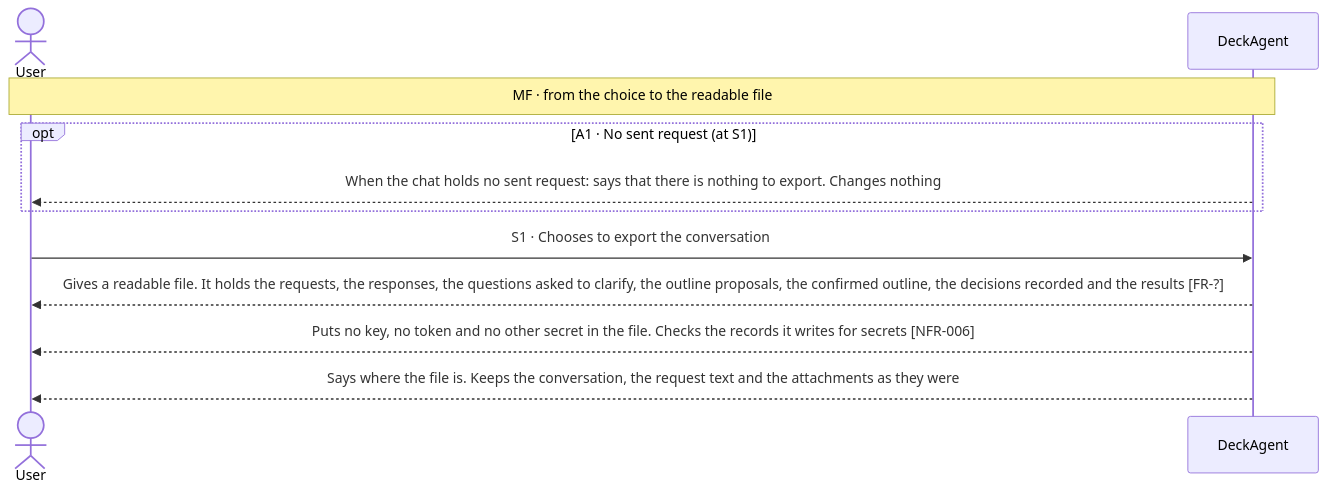
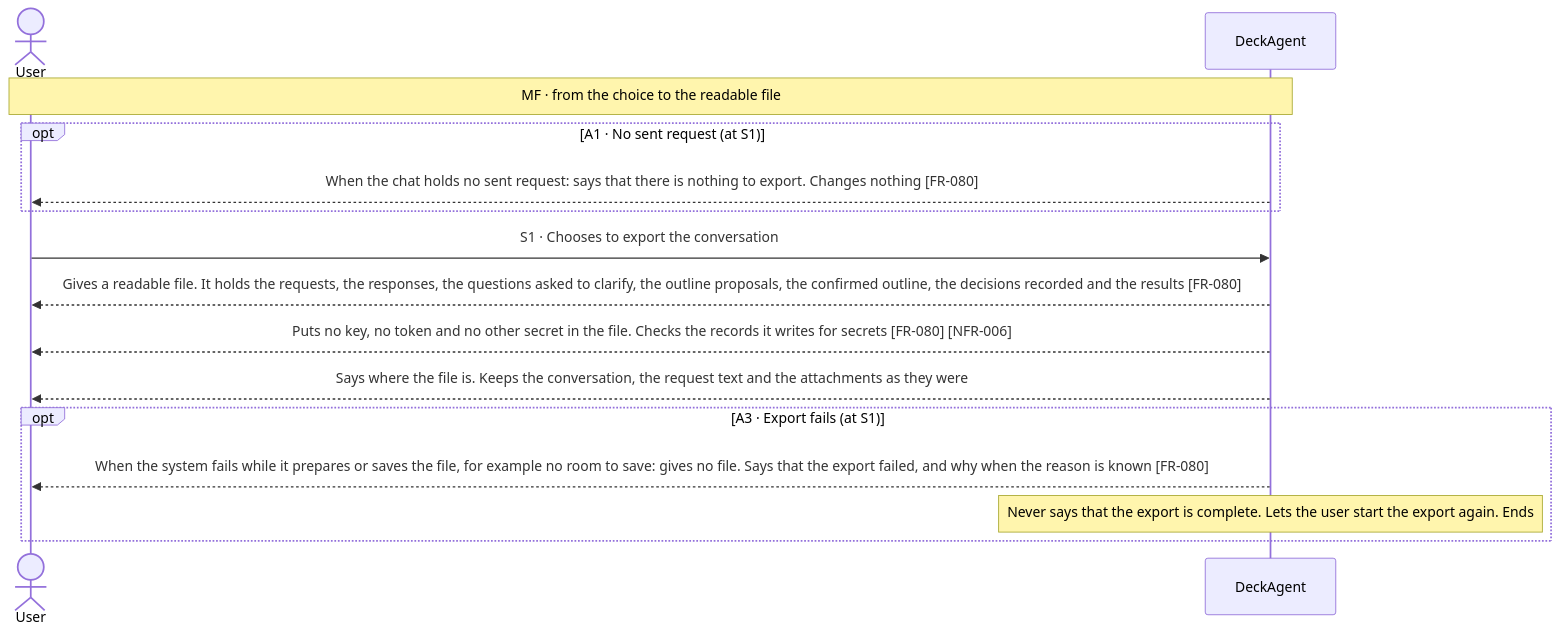
One commit to Luke23127006/DeckAgent changed the first of 2 diagrams in docs/spec/03-use-cases/UC-016.md. Above: the diagram before and after it, drawn with Mermaid. The commit also changed other lines of this file and 128 other files, not shown here.

````diff
--- a/docs/spec/03-use-cases/UC-016.md
+++ b/docs/spec/03-use-cases/UC-016.md
@@ -41,13 +39,17 @@
 ```mermaid
 sequenceDiagram
     actor User
     participant DeckAgent
     Note over User,DeckAgent: MF · from the choice to the readable file
     opt A1 · No sent request (at S1)
-        DeckAgent-->>User: When the chat holds no sent request: says that there is nothing to export. Changes nothing
+        DeckAgent-->>User: When the chat holds no sent request: says that there is nothing to export. Changes nothing [FR-080]
     end
     User->>DeckAgent: S1 · Chooses to export the conversation
-    DeckAgent-->>User: Gives a readable file. It holds the requests, the responses, the questions asked to clarify, the outline proposals, the confirmed outline, the decisions recorded and the results [FR-?]
-    DeckAgent-->>User: Puts no key, no token and no other secret in the file. Checks the records it writes for secrets [NFR-006]
+    DeckAgent-->>User: Gives a readable file. It holds the requests, the responses, the questions asked to clarify, the outline proposals, the confirmed outline, the decisions recorded and the results [FR-080]
+    DeckAgent-->>User: Puts no key, no token and no other secret in the file. Checks the records it writes for secrets [FR-080] [NFR-006]
     DeckAgent-->>User: Says where the file is. Keeps the conversation, the request text and the attachments as they were
+    opt A3 · Export fails (at S1)
+        DeckAgent-->>User: When the system fails while it prepares or saves the file, for example no room to save: gives no file. Says that the export failed, and why when the reason is known [FR-080]
+        note over DeckAgent: Never says that the export is complete. Lets the user start the export again. Ends
+    end
 ```
````
